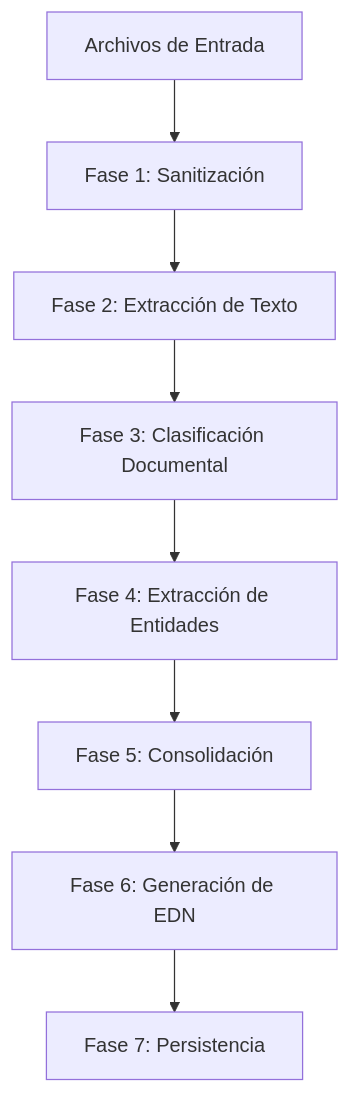
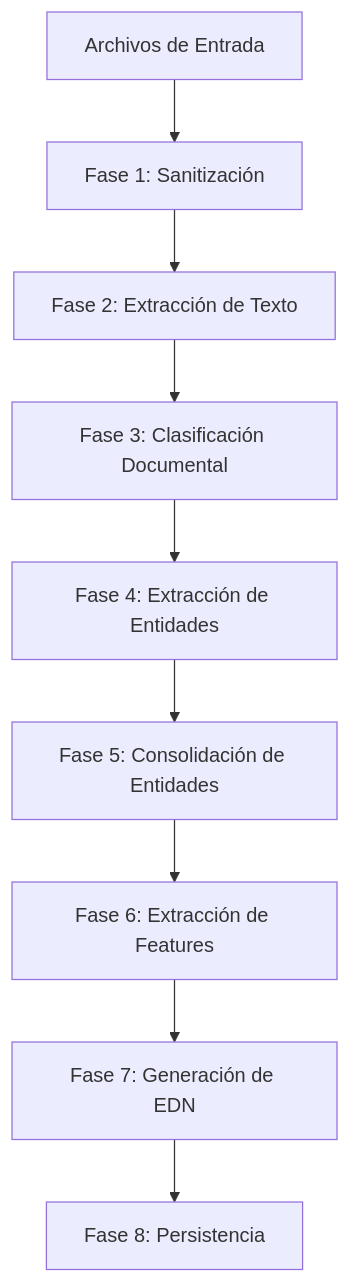
One commit to santiago-larrain/iee3112-proyecto-sec changed the diagram in docs/manual_de_uso/3_OMC.md. Above: the diagram before and after it, drawn with Mermaid. The commit also changed other lines of this file and 3 other files, not shown here.

Commit message:
Documentación actualizada con nuevo EDN y bloques OMC y MIN con mayor funcionabilidad y capacidad de extracción de información

````diff
--- a/docs/manual_de_uso/3_OMC.md
+++ b/docs/manual_de_uso/3_OMC.md
@@ -33,10 +33,11 @@
 ```mermaid
 graph TD
     A[Archivos de Entrada] --> B[Fase 1: Sanitización]
     B --> C[Fase 2: Extracción de Texto]
     C --> D[Fase 3: Clasificación Documental]
     D --> E[Fase 4: Extracción de Entidades]
-    E --> F[Fase 5: Consolidación]
-    F --> G[Fase 6: Generación de EDN]
-    G --> H[Fase 7: Persistencia]
+    E --> F[Fase 5: Consolidación de Entidades]
+    F --> G[Fase 6: Extracción de Features]
+    G --> H[Fase 7: Generación de EDN]
+    H --> I[Fase 8: Persistencia]
 ```
````
